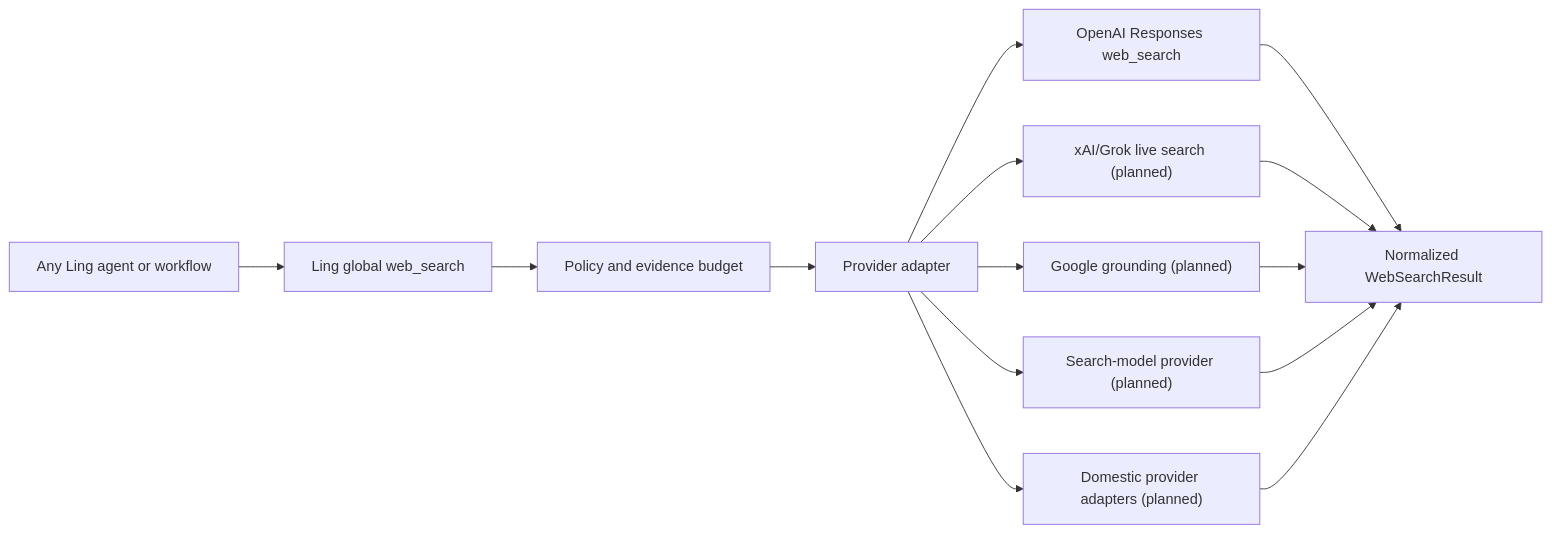
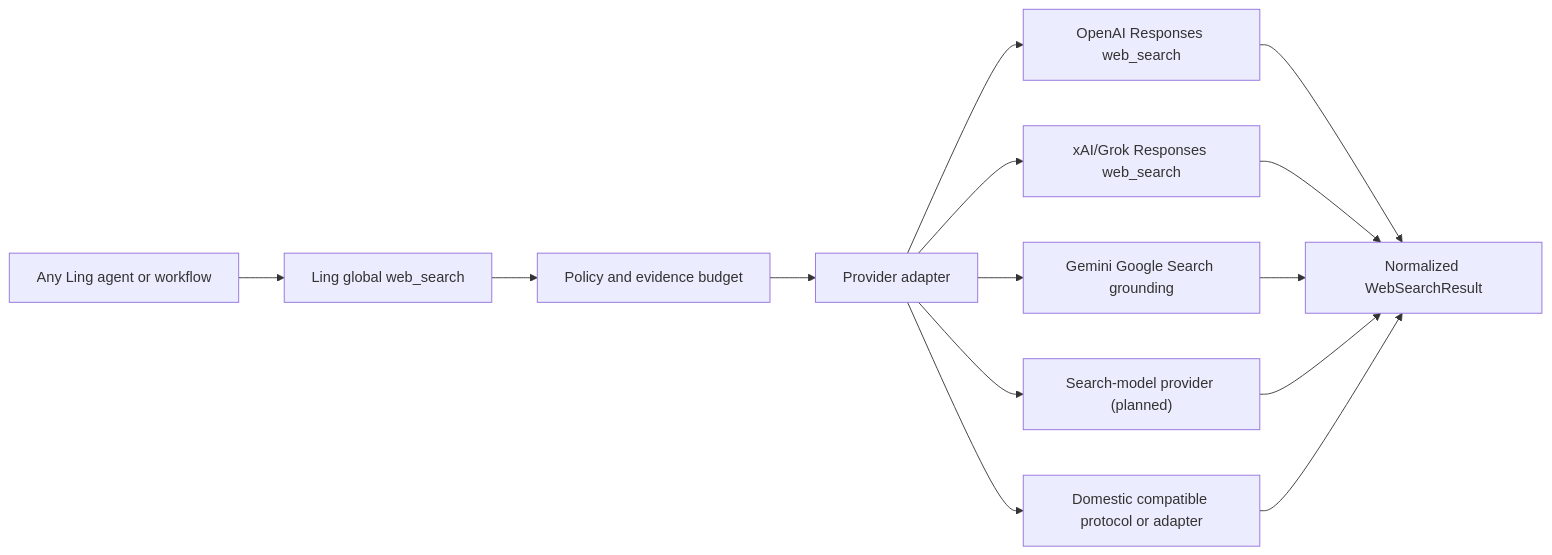
One commit to ling-stack-org/ling-stack changed the second of 2 diagrams in docs/design/ling-web-tools.md. Above: the diagram before and after it, drawn with Mermaid. The commit also changed other lines of this file and 14 other files, not shown here.

Commit message:
feat: add provider web search adapters

````diff
--- a/docs/design/ling-web-tools.md
+++ b/docs/design/ling-web-tools.md
@@ -80,16 +82,16 @@
 ```mermaid
 flowchart LR
   Agent["Any Ling agent or workflow"] --> GlobalTool["Ling global web_search"]
   GlobalTool --> Policy["Policy and evidence budget"]
   Policy --> Adapter["Provider adapter"]
   Adapter --> OpenAI["OpenAI Responses web_search"]
-  Adapter --> Grok["xAI/Grok live search (planned)"]
-  Adapter --> Google["Google grounding (planned)"]
+  Adapter --> Grok["xAI/Grok Responses web_search"]
+  Adapter --> Google["Gemini Google Search grounding"]
   Adapter --> Perplexity["Search-model provider (planned)"]
-  Adapter --> Domestic["Domestic provider adapters (planned)"]
+  Adapter --> Domestic["Domestic compatible protocol or adapter"]
   OpenAI --> Evidence["Normalized WebSearchResult"]
   Grok --> Evidence
   Google --> Evidence
   Perplexity --> Evidence
   Domestic --> Evidence
 ```
````
